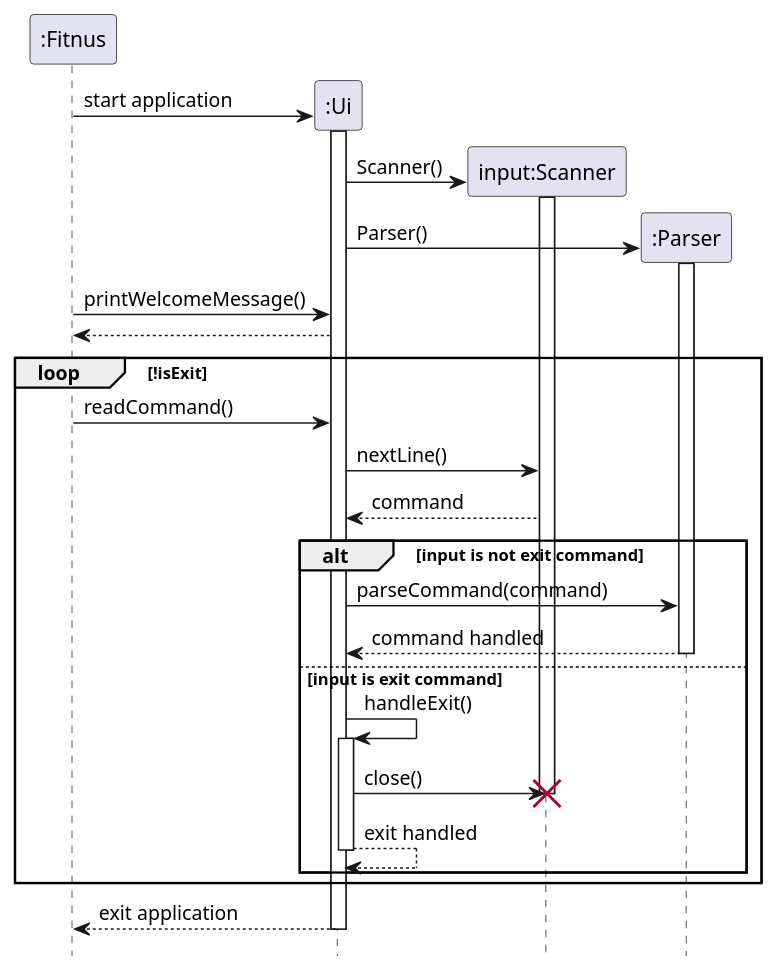
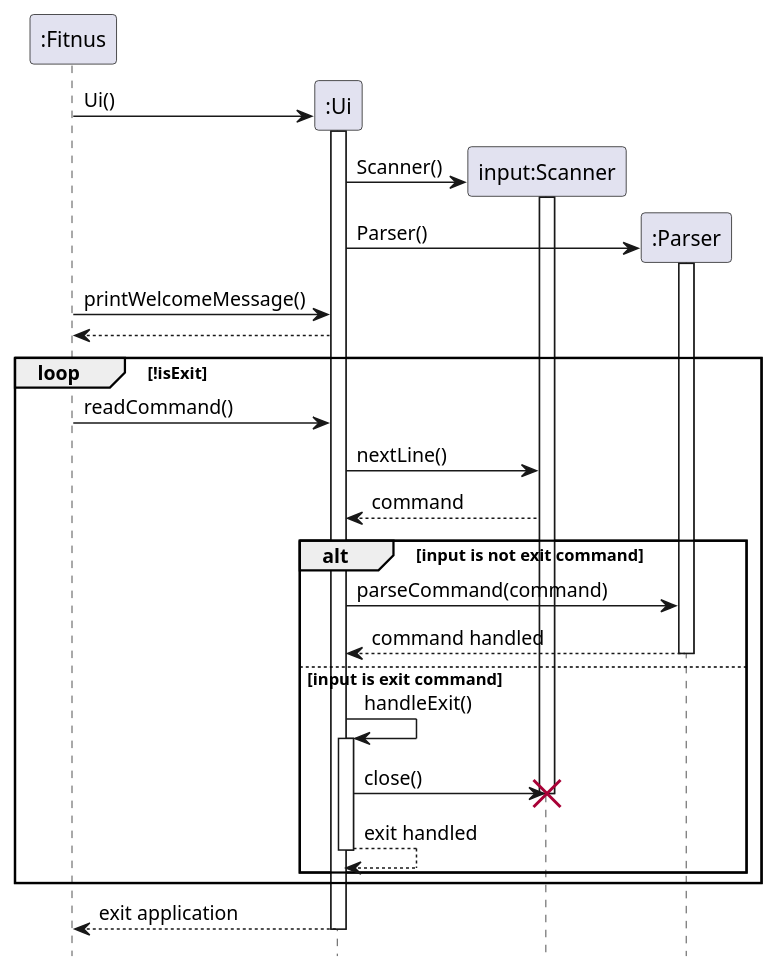
One commit to jasonlienardi/tp changed the diagram in docs/diagrams/ParserSequenceDiagram.puml. Above: the diagram before and after it, drawn with PlantUML. The commit also changed 3 other files, not shown here.

Commit message:
Add sequence diagram for Storage class in UG

```diff
--- a/docs/diagrams/ParserSequenceDiagram.puml
+++ b/docs/diagrams/ParserSequenceDiagram.puml
@@ -1,47 +1,47 @@
 @startuml
 'https://plantuml.com/sequence-diagram
 
 participant ":Fitnus" as Fitnus
 participant ":Ui" as Ui
 participant "input:Scanner" as Scanner
 participant ":Parser" as Parser
 
 hide footbox
 
-Fitnus -> Ui **: start application
+Fitnus -> Ui **: Ui()
 activate Ui
 Ui -> Scanner**: Scanner()
 activate Scanner
 Ui -> Parser**: Parser()
 activate Parser
 
 Fitnus -> Ui: printWelcomeMessage()
 Ui --> Fitnus
 
 loop !isExit
 Fitnus -> Ui: readCommand()
 
 Ui -> Scanner: nextLine()
 Scanner --> Ui: command
 
 'Ui --> Ui ++: showLine()
 'Ui --> Ui --:
 
 alt input is not exit command
 Ui -> Parser: parseCommand(command)
 Parser --> Ui: command handled
 
 else input is exit command
 deactivate Parser
 
 Ui -> Ui ++: handleExit()
 Ui -> Scanner: close()
 destroy Scanner
 Ui --> Ui --: exit handled
 end
 end
 
 
 Ui --> Fitnus --: exit application
 
 @enduml
```
